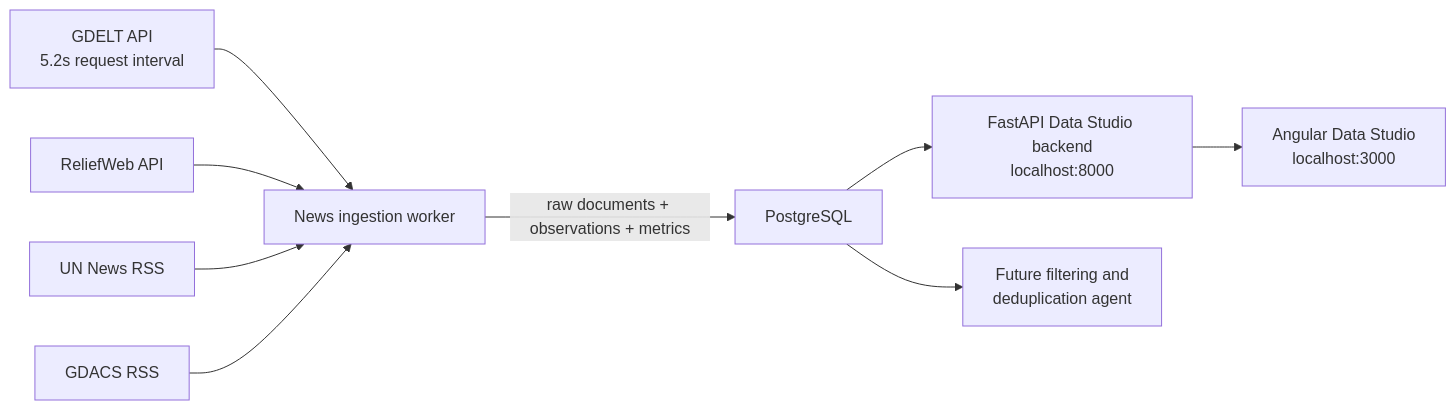
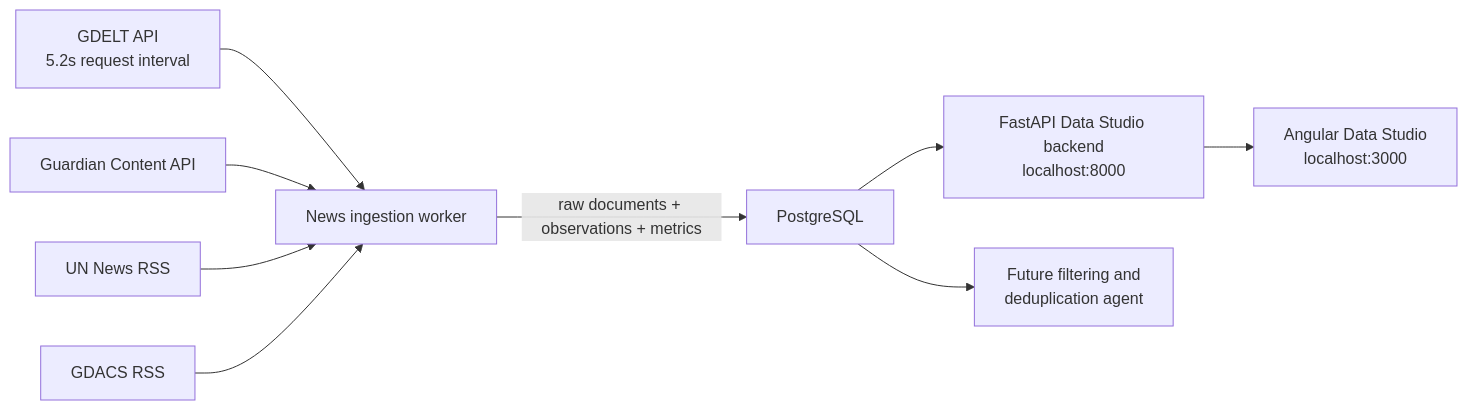
The diagram in README.md (MostafaShehata/strategic-risk-radar), drawn with Mermaid before and after one commit. The commit also changed other lines of this file and 8 other files, not shown here.

Commit message:
Replace ReliefWeb with Guardian API

````diff
--- a/README.md
+++ b/README.md
@@ -15,11 +15,11 @@
 ```mermaid
 flowchart LR
     G["GDELT API<br/>5.2s request interval"] --> P["News ingestion worker"]
-    R["ReliefWeb API"] --> P
+    R["Guardian Content API"] --> P
     U["UN News RSS"] --> P
     D["GDACS RSS"] --> P
     P -->|"raw documents + observations + metrics"| DB["PostgreSQL"]
     DB --> B["FastAPI Data Studio backend<br/>localhost:8000"]
     B --> A["Angular Data Studio<br/>localhost:3000"]
     DB --> N["Future filtering and<br/>deduplication agent"]
 ```
````
